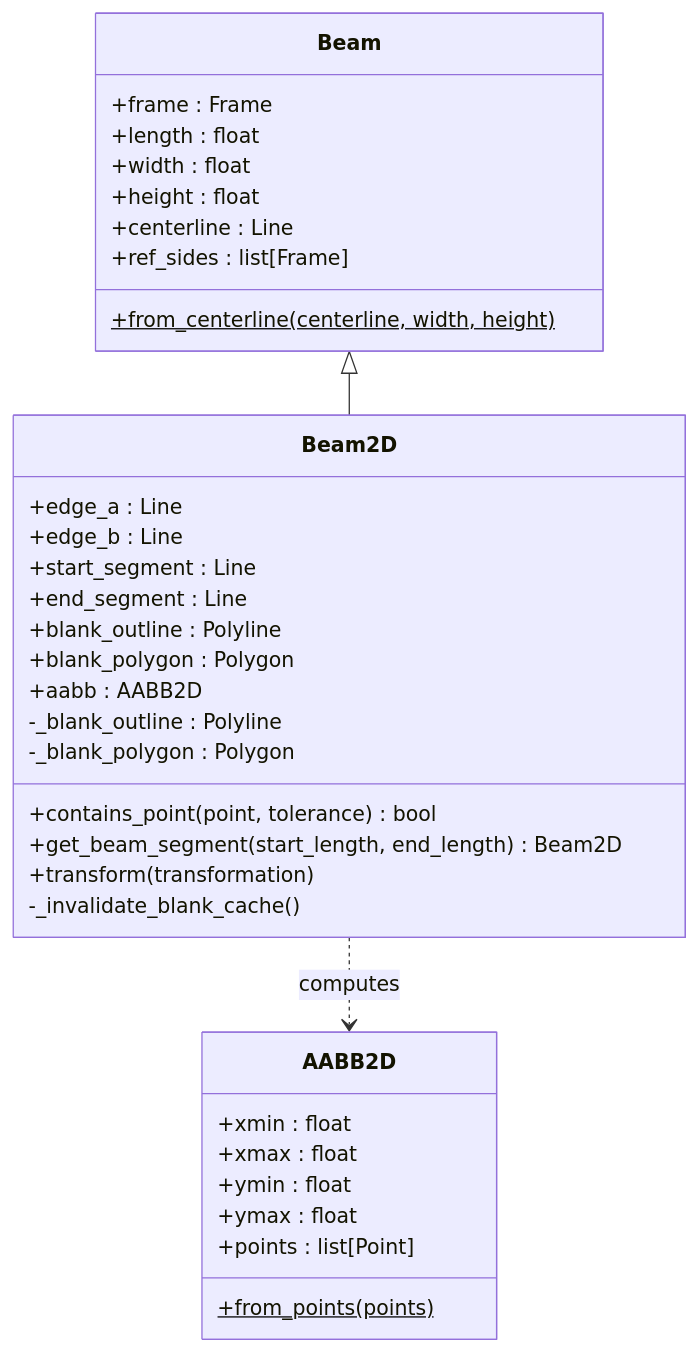
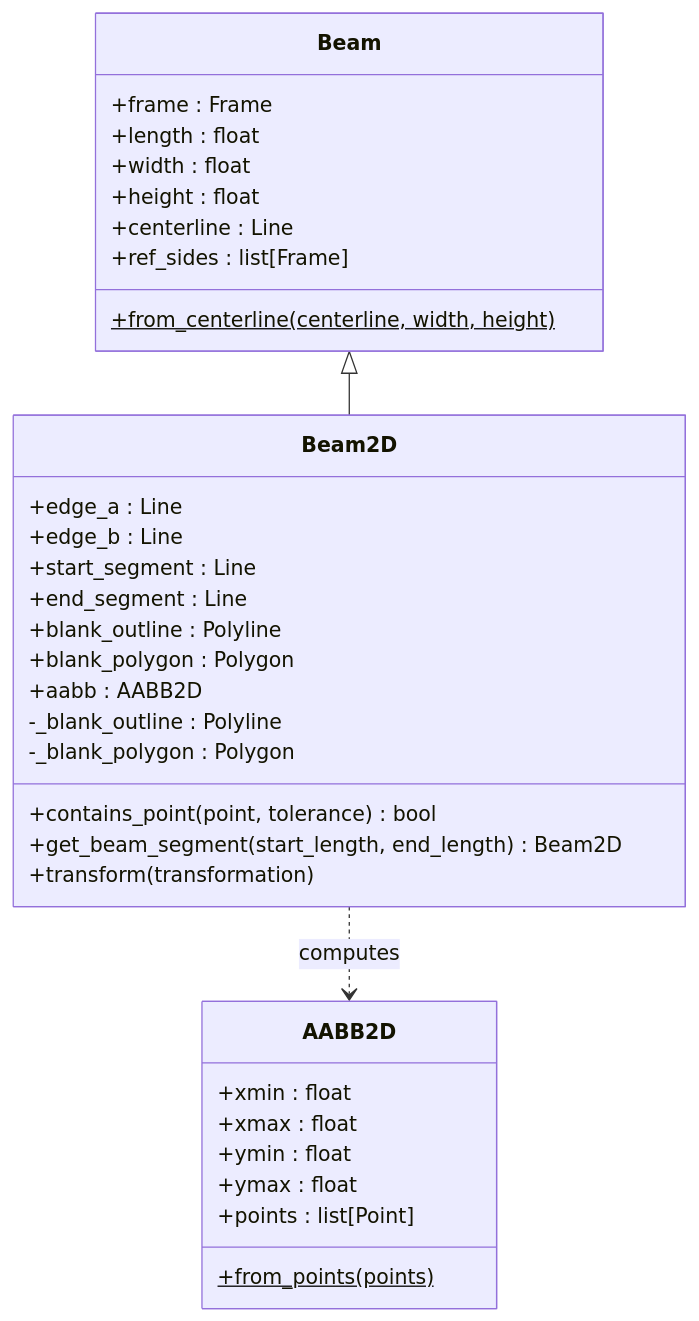
The sixth of 7 diagrams in docs/contribution/class_diagrams.md (gramaziokohler/timber_design), drawn with Mermaid before and after one commit. The commit also changed other lines of this file and 27 other files, not shown here.

````diff
--- a/docs/contribution/class_diagrams.md
+++ b/docs/contribution/class_diagrams.md
@@ -288,44 +377,40 @@
 ```mermaid
 classDiagram
 
     class Beam {
         +frame : Frame
         +length : float
         +width : float
         +height : float
         +centerline : Line
         +ref_sides : list[Frame]
         +from_centerline(centerline, width, height)$
     }
 
     class Beam2D {
         +edge_a : Line
         +edge_b : Line
         +start_segment : Line
         +end_segment : Line
         +blank_outline : Polyline
         +blank_polygon : Polygon
         +aabb : AABB2D
         +contains_point(point, tolerance) bool
         +get_beam_segment(start_length, end_length) Beam2D
         +transform(transformation)
-        -_invalidate_blank_cache()
         -_blank_outline : Polyline
         -_blank_polygon : Polygon
     }
 
     class AABB2D {
         +xmin : float
         +xmax : float
         +ymin : float
         +ymax : float
         +points : list[Point]
         +from_points(points)$
     }
 
-    %% Inheritance
     Beam <|-- Beam2D
-
-    %% Composition
     Beam2D ..> AABB2D : computes
 ```
````
